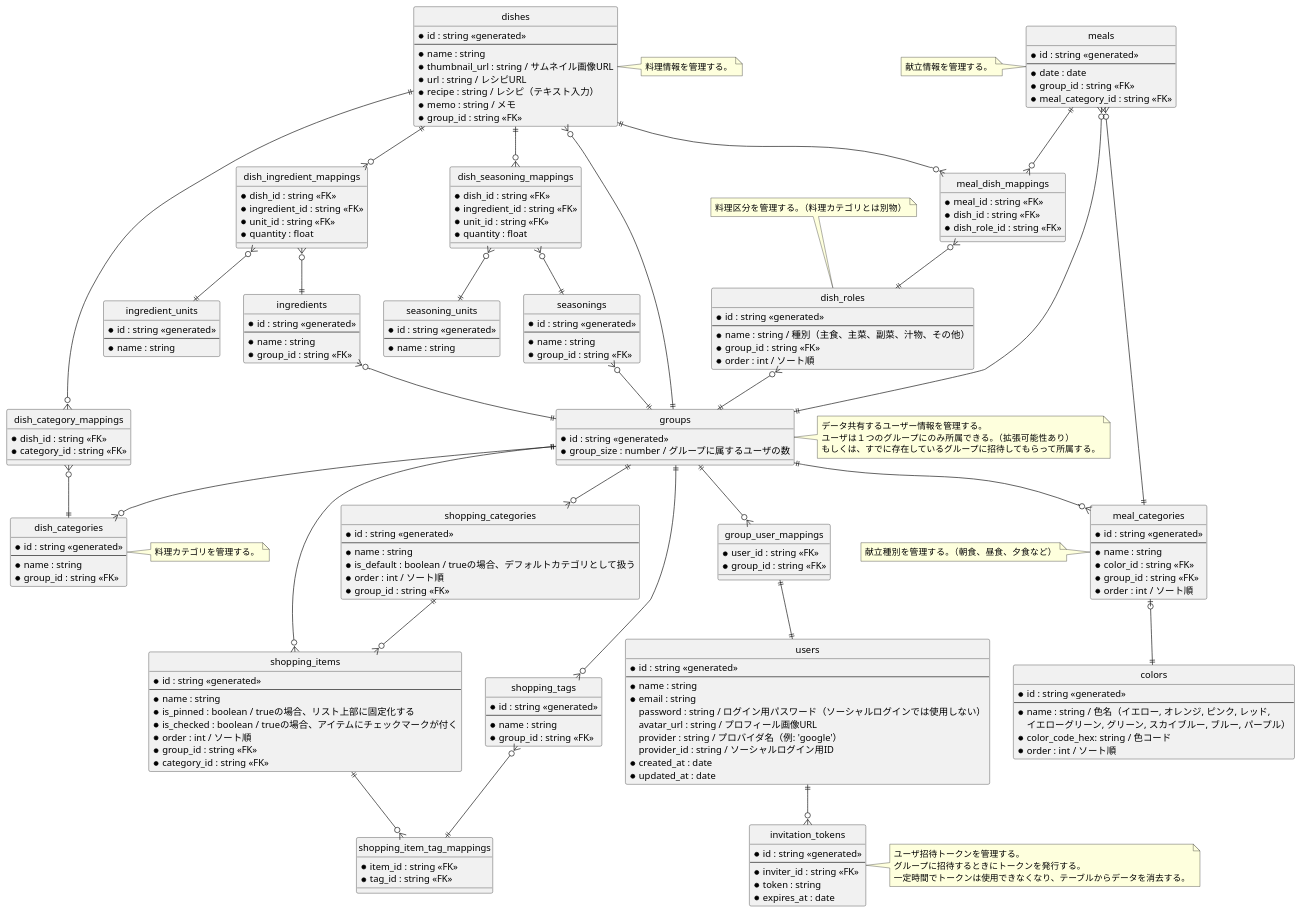
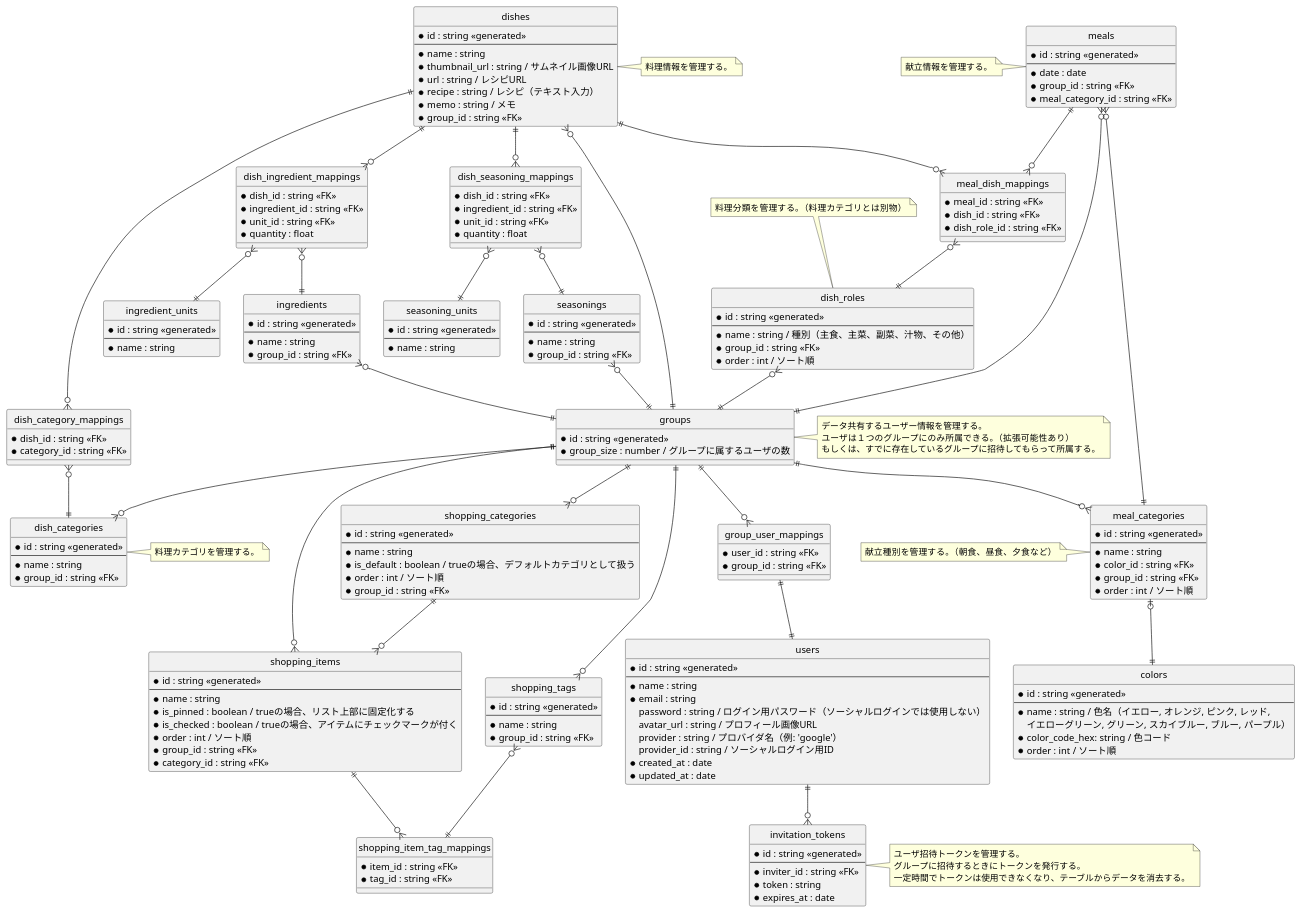
The diagram in server/docs/er.puml (nanoha94/meap), drawn with PlantUML before and after one commit. The commit also changed 11 other files, not shown here.

```diff
--- a/server/docs/er.puml
+++ b/server/docs/er.puml
@@ -225,7 +225,7 @@
 end note
 
 note top of dish_roles
-  料理区分を管理する。（料理カテゴリとは別物）
+  料理分類を管理する。（料理カテゴリとは別物）
 end note
 
 note right of dish_categories
```
